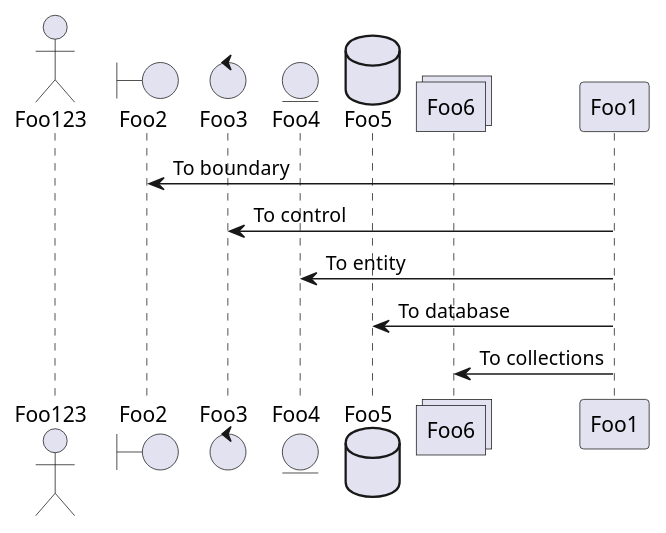
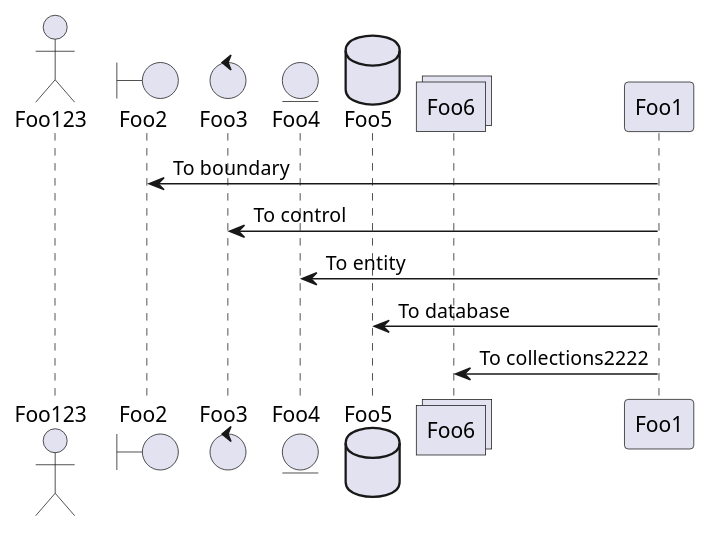
One commit to ktaeyoung/puml-action-test changed the diagram in README.md. Above: the diagram before and after it, drawn with PlantUML.

````diff
--- a/README.md
+++ b/README.md
@@ -3,15 +3,15 @@
 ```plantuml:sample-uml
 @startuml
 actor Foo123
 boundary Foo2
 control Foo3
 entity Foo4
 database Foo5
 collections Foo6
 Foo1 -> Foo2 : To boundary
 Foo1 -> Foo3 : To control
 Foo1 -> Foo4 : To entity
 Foo1 -> Foo5 : To database
-Foo1 -> Foo6 : To collections
+Foo1 -> Foo6 : To collections2222
 @enduml
 ```
````
